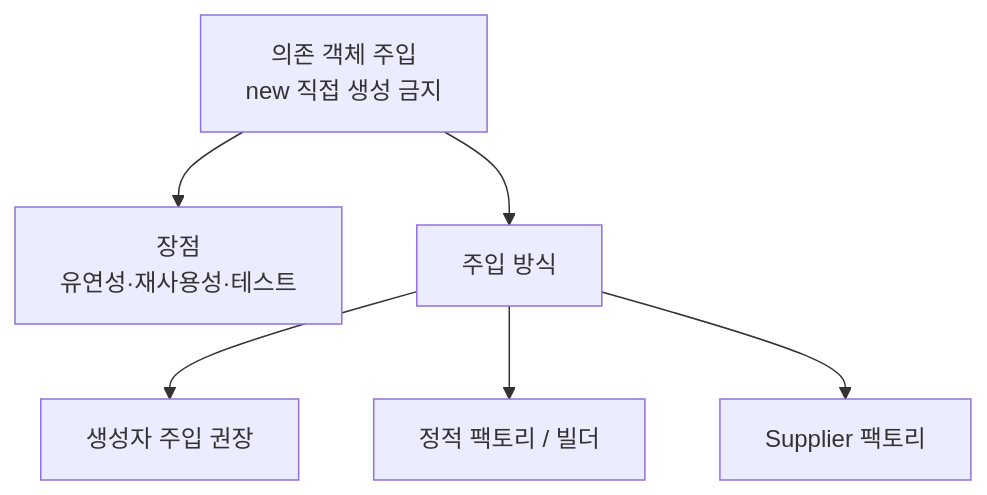
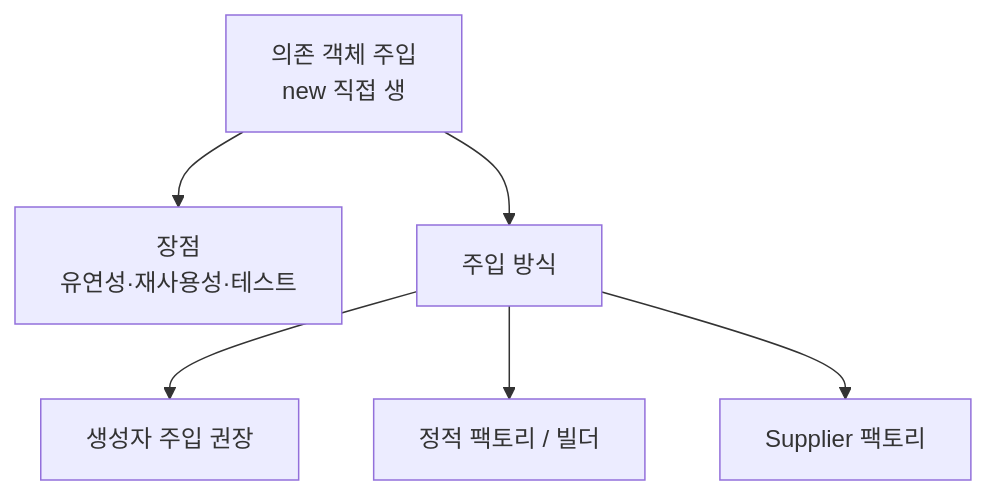
Before and after one commit to yjkim2015/yjkim2015.github.io: the third of 3 diagrams in _posts/java/2021-12-19-effective-java5.md, drawn with Mermaid. The commit also changed other lines of this file and 271 other files, not shown here.

First line of the commit message:
Mermaid 라벨 축소: 긴 노드 텍스트 18자 이하로 트림 + \n 제거

````diff
--- a/_posts/java/2021-12-19-effective-java5.md
+++ b/_posts/java/2021-12-19-effective-java5.md
@@ -199,8 +199,8 @@
 ```mermaid
 graph TD
-    A["의존 객체 주입\nnew 직접 생성 금지"] --> B["장점\n유연성·재사용성·테스트"]
+    A["의존 객체 주입\nnew 직접 생"] --> B["장점\n유연성·재사용성·테스트"]
     A --> C["주입 방식"]
     C --> D["생성자 주입 권장"]
     C --> E["정적 팩토리 / 빌더"]
     C --> F["Supplier 팩토리"]
 ```
````
